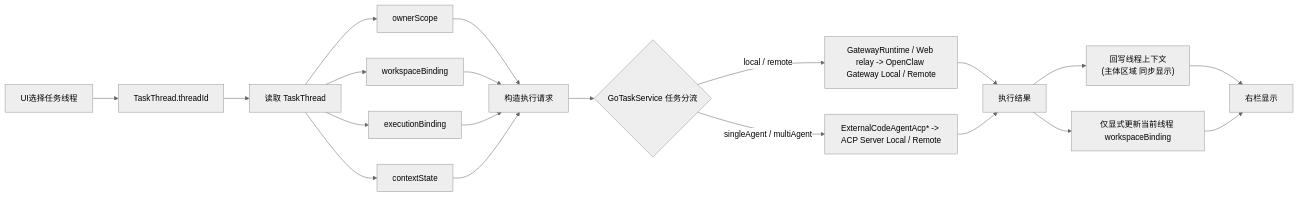
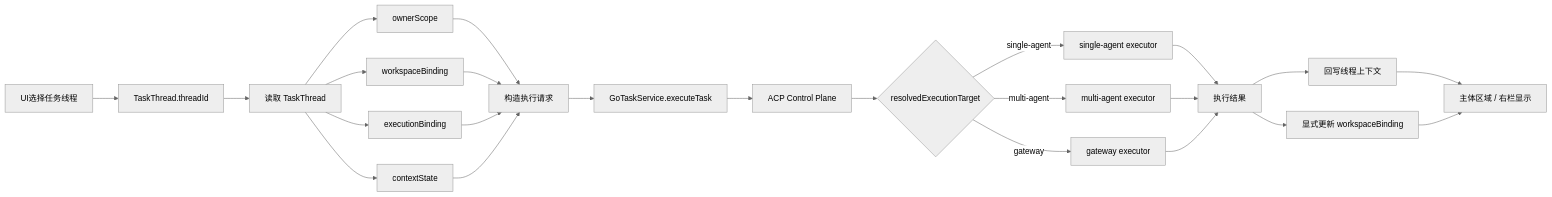
Before and after one commit to ai-workspace-lab/xworkmate-app: the diagram in docs/architecture/assistant-thread-target-model-20260328.md, drawn with Mermaid (neutral theme). The commit also changed other lines of this file and 17 other files, not shown here.

Commit message:
refactor: unify task control plane

````diff
--- a/docs/architecture/assistant-thread-target-model-20260328.md
+++ b/docs/architecture/assistant-thread-target-model-20260328.md
@@ -125,28 +35,32 @@
 ```mermaid
 flowchart LR
   A["UI选择任务线程"] --> B["TaskThread.threadId"]
   B --> C["读取 TaskThread"]
 
   C --> D1["ownerScope"]
   C --> D2["workspaceBinding"]
   C --> D3["executionBinding"]
   C --> D4["contextState"]
 
   D1 --> E["构造执行请求"]
   D2 --> E
   D3 --> E
   D4 --> E
 
-  E --> F{"GoTaskService 任务分流"}
-  F -->|local / remote| G["GatewayRuntime / Web relay -> OpenClaw Gateway Local / Remote"]
-  F -->|singleAgent / multiAgent| H["ExternalCodeAgentAcp* -> ACP Server Local / Remote"]
+  E --> F["GoTaskService.executeTask"]
+  F --> G["ACP Control Plane"]
+  G --> H{"resolvedExecutionTarget"}
+  H -->|single-agent| I["single-agent executor"]
+  H -->|multi-agent| J["multi-agent executor"]
+  H -->|gateway| K["gateway executor"]
 
-  G --> I["执行结果"]
-  H --> I
+  I --> L["执行结果"]
+  J --> L
+  K --> L
 
-  I --> J["回写线程上下文\n(主体区域 同步显示)"]
-  I --> K["仅显式更新当前线程 workspaceBinding"]
+  L --> M["回写线程上下文"]
+  L --> N["显式更新 workspaceBinding"]
 
-  J --> L["右栏显示"]
-  K --> L
+  M --> O["主体区域 / 右栏显示"]
+  N --> O
 ```
````
